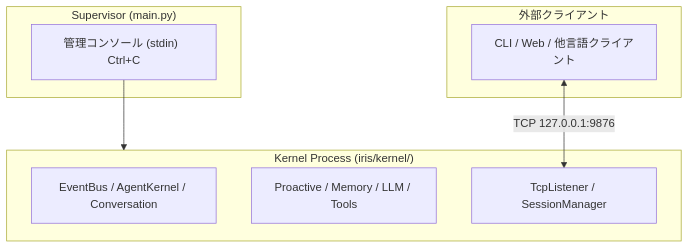
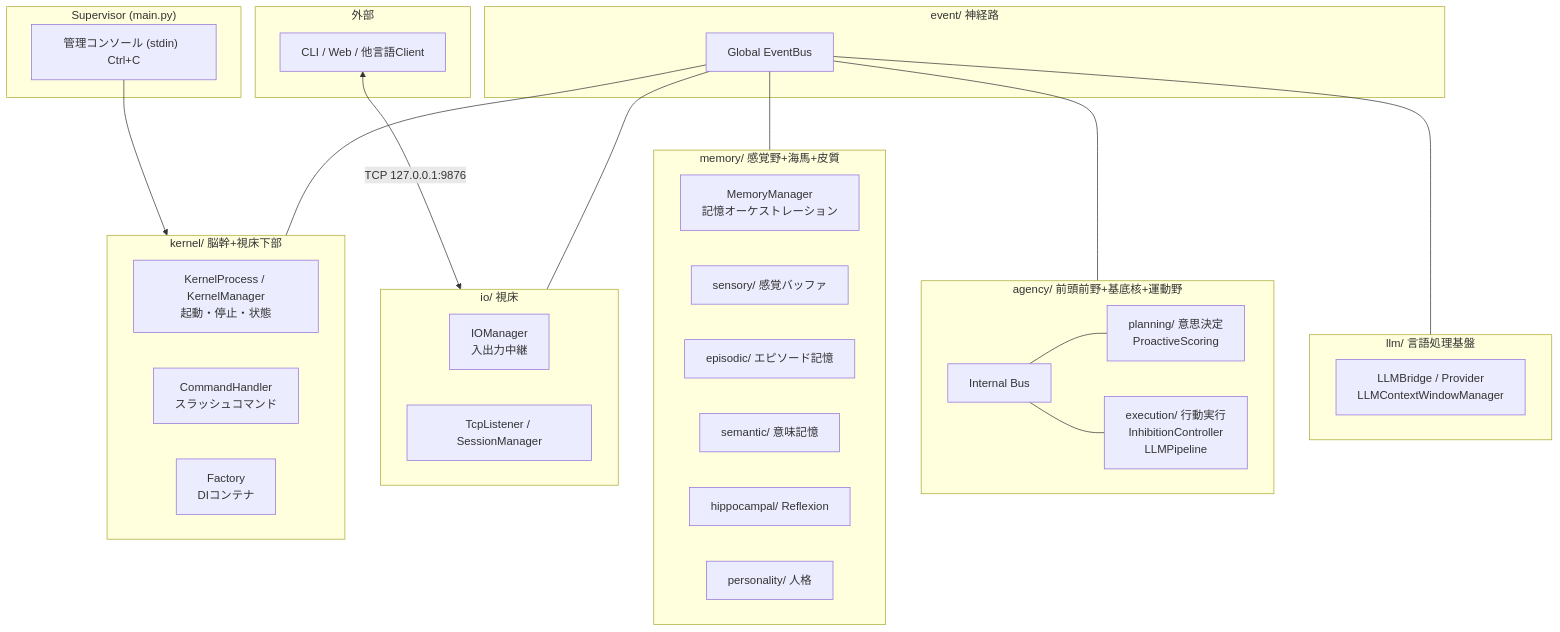
One commit to ibukani/iris-mind changed the diagram in README.md. Above: the diagram before and after it, drawn with Mermaid. The commit also changed other lines of this file and 3 other files, not shown here.

````diff
--- a/README.md
+++ b/README.md
@@ -9,17 +9,47 @@
 ```mermaid
 flowchart TD
     subgraph Supervisor["Supervisor (main.py)"]
         Console["管理コンソール (stdin)  Ctrl+C"]
     end
-    subgraph Kernel["Kernel Process (iris/kernel/)"]
-        Core["EventBus / AgentKernel / Conversation"]
-        Services["Proactive / Memory / LLM / Tools"]
-        IO["TcpListener / SessionManager"]
+    subgraph Kernel["kernel/ 脳幹+視床下部"]
+        KP["KernelProcess / KernelManager<br/>起動・停止・状態"]
+        CMD["CommandHandler<br/>スラッシュコマンド"]
+        DI["Factory<br/>DIコンテナ"]
     end
-    subgraph External["外部クライアント"]
-        Client["CLI / Web / 他言語クライアント"]
+    subgraph IO["io/ 視床"]
+        IO_M["IOManager<br/>入出力中継"]
+        TCP["TcpListener / SessionManager"]
+    end
+    subgraph Memory["memory/ 感覚野+海馬+皮質"]
+        MM["MemoryManager<br/>記憶オーケストレーション"]
+        SEN["sensory/ 感覚バッファ"]
+        EP["episodic/ エピソード記憶"]
+        SEM["semantic/ 意味記憶"]
+        HIP["hippocampal/ Reflexion"]
+        PER["personality/ 人格"]
+    end
+    subgraph Agency["agency/ 前頭前野+基底核+運動野"]
+        IB["Internal Bus"]
+        PL["planning/ 意思決定<br/>ProactiveScoring"]
+        EX["execution/ 行動実行<br/>InhibitionController<br/>LLMPipeline"]
+    end
+    subgraph LLM["llm/ 言語処理基盤"]
+        LB["LLMBridge / Provider<br/>LLMContextWindowManager"]
+    end
+    subgraph Event["event/ 神経路"]
+        EB["Global EventBus"]
+    end
+    subgraph External["外部"]
+        CLI["CLI / Web / 他言語Client"]
     end
 
     Console --> Kernel
-    Client <-->|TCP 127.0.0.1:9876| IO
+    CLI <-->|TCP 127.0.0.1:9876| IO
+    EB --- IO
+    EB --- Memory
+    EB --- Agency
+    EB --- Kernel
+    EB --- LLM
+    IB --- PL
+    IB --- EX
 ```
````
